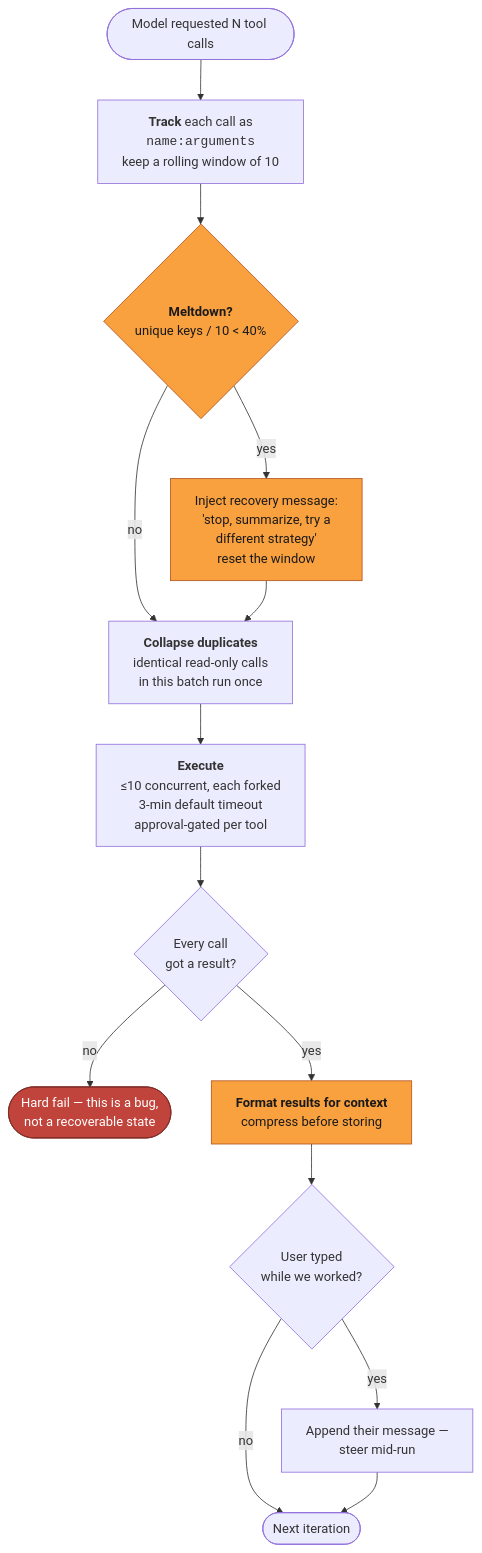
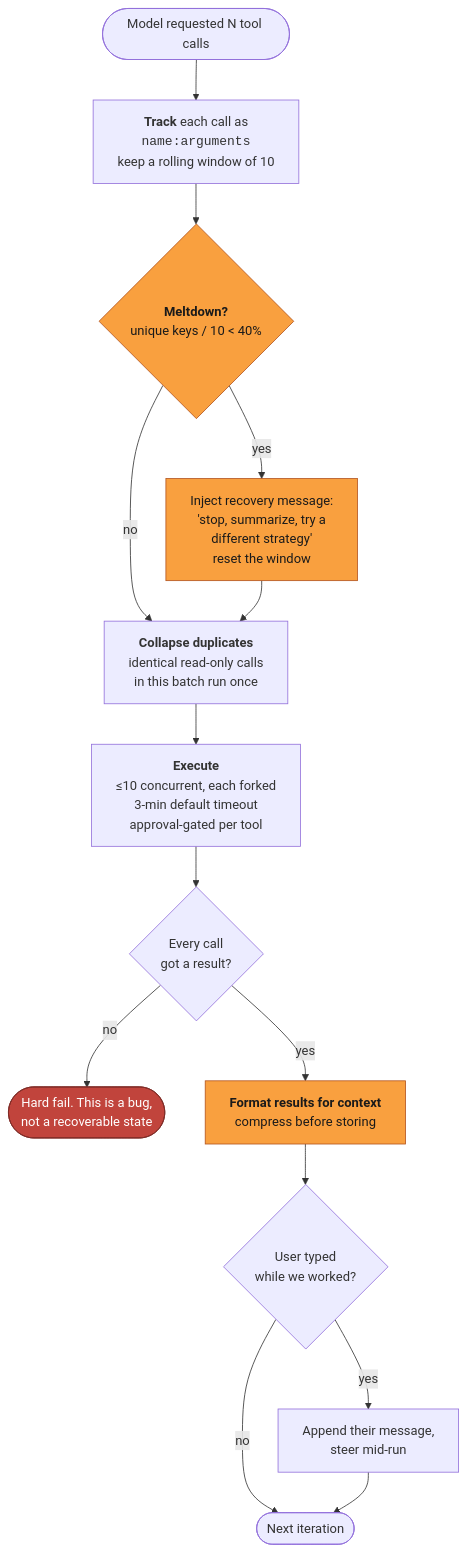
The second of 4 diagrams in docs/maintainers/run-lifecycle.md (lvndry/jazz), drawn with Mermaid before and after one commit. The commit also changed other lines of this file and 28 other files, not shown here.

````diff
--- a/docs/maintainers/run-lifecycle.md
+++ b/docs/maintainers/run-lifecycle.md
@@ -55,27 +55,27 @@
 ```mermaid
 flowchart TD
     IN(["Model requested N tool calls"]) --> TRACK["<b>Track</b> each call as<br/><code>name:arguments</code><br/>keep a rolling window of 10"]
 
     TRACK --> MELT{"<b>Meltdown?</b><br/>unique keys / 10 &lt; 40%"}
     MELT -->|yes| INJECT["Inject recovery message:<br/>'stop, summarize, try a<br/>different strategy'<br/>reset the window"]
     MELT -->|no| DEDUPE
     INJECT --> DEDUPE
 
     DEDUPE["<b>Collapse duplicates</b><br/>identical read-only calls<br/>in this batch run once"]
     DEDUPE --> EXEC
 
     EXEC["<b>Execute</b><br/>≤10 concurrent, each forked<br/>3-min default timeout<br/>approval-gated per tool"]
     EXEC --> VALIDATE{"Every call<br/>got a result?"}
-    VALIDATE -->|no| FAIL(["Hard fail — this is a bug,<br/>not a recoverable state"])
+    VALIDATE -->|no| FAIL(["Hard fail. This is a bug,<br/>not a recoverable state"])
     VALIDATE -->|yes| FORMAT["<b>Format results for context</b><br/>compress before storing"]
 
     FORMAT --> QUEUE{"User typed<br/>while we worked?"}
-    QUEUE -->|yes| PUSH["Append their message —<br/>steer mid-run"]
+    QUEUE -->|yes| PUSH["Append their message,<br/>steer mid-run"]
     QUEUE -->|no| OUT
     PUSH --> OUT(["Next iteration"])
 
     classDef guard fill:#f9a03f,stroke:#b3541e,color:#1a1a1a
     classDef bad fill:#c1443c,stroke:#7d2b26,color:#ffffff
     class MELT,INJECT,FORMAT guard
     class FAIL bad
 ```
````
